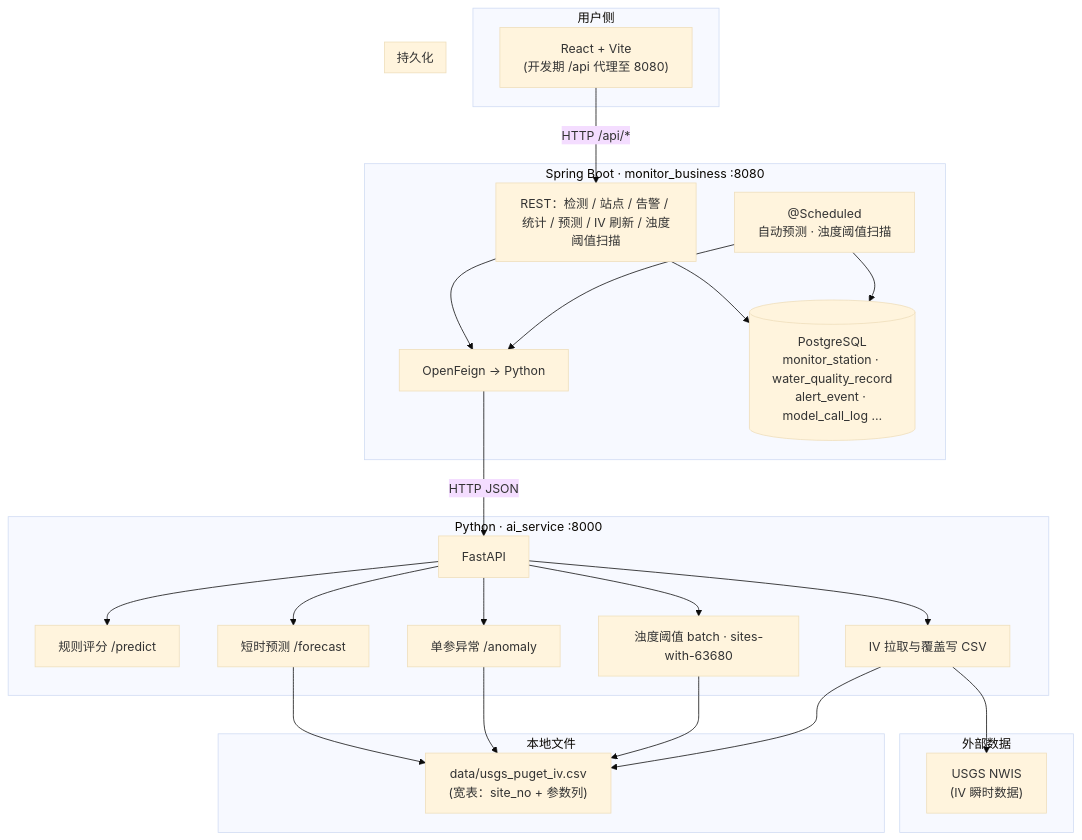
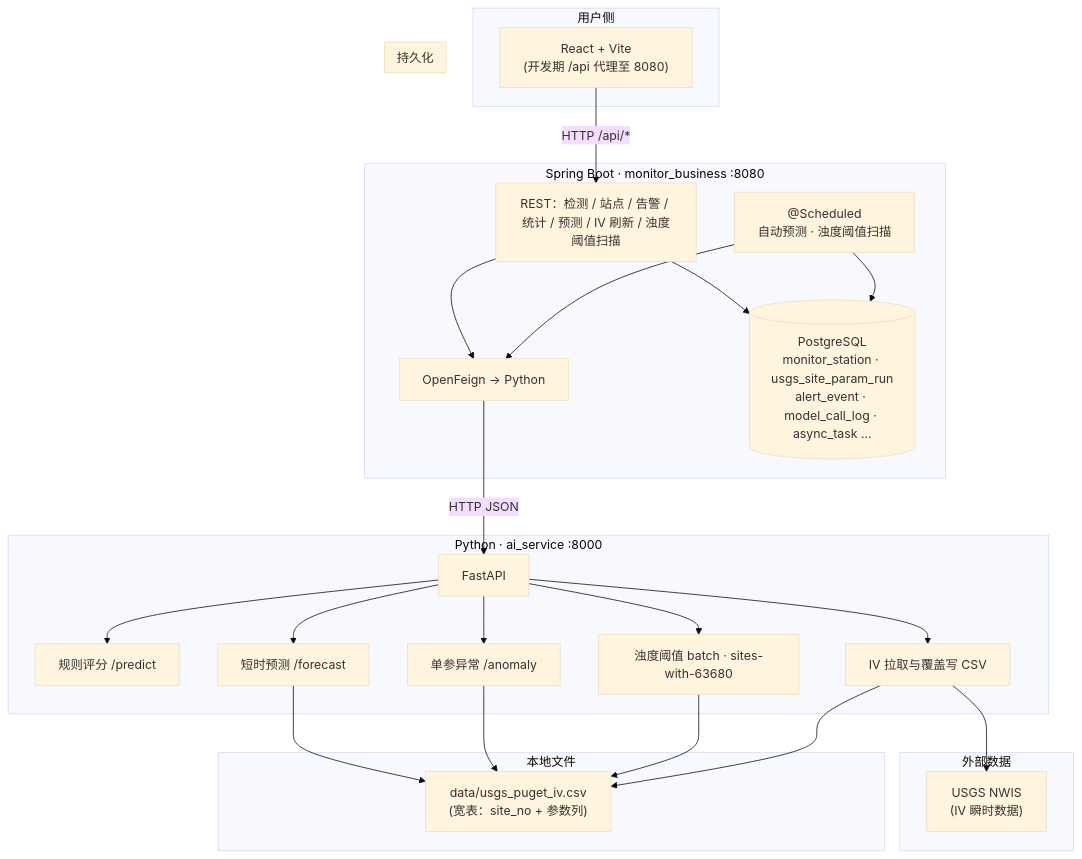
Before and after one commit to cfd123123/Seattle_WaterIQ_Monitor: the first of 2 diagrams in monitor_business/docs/architecture-overview.md, drawn with Mermaid (base theme). The commit also changed other lines of this file and 348 other files, not shown here.

````diff
--- a/monitor_business/docs/architecture-overview.md
+++ b/monitor_business/docs/architecture-overview.md
@@ -9,50 +9,50 @@
 ```mermaid
 flowchart TB
   subgraph User["用户侧"]
     UI["React + Vite\n(开发期 /api 代理至 8080)"]
   end
 
   subgraph Java["Spring Boot · monitor_business :8080"]
     API["REST：检测 / 站点 / 告警 / 统计 / 预测 / IV 刷新 / 浊度阈值扫描"]
     FEIGN["OpenFeign → Python"]
     SCH["@Scheduled\n自动预测 · 浊度阈值扫描"]
     API --> FEIGN
     SCH --> FEIGN
     API --> PG
     SCH --> PG
   end
 
   subgraph DB["持久化"]
-    PG[("PostgreSQL\nmonitor_station · water_quality_record\nalert_event · model_call_log …")]
+    PG[("PostgreSQL\nmonitor_station · usgs_site_param_run\nalert_event · model_call_log · async_task …")]
   end
 
   subgraph Py["Python · ai_service :8000"]
     FAST["FastAPI"]
     RS["规则评分 /predict"]
     FC["短时预测 /forecast"]
     IV["IV 拉取与覆盖写 CSV"]
     AN["单参异常 /anomaly"]
     TB["浊度阈值 batch · sites-with-63680"]
     FAST --> RS
     FAST --> FC
     FAST --> IV
     FAST --> AN
     FAST --> TB
   end
 
   subgraph Ext["外部数据"]
     NWIS["USGS NWIS\n(IV 瞬时数据)"]
   end
 
   subgraph Files["本地文件"]
     CSV["data/usgs_puget_iv.csv\n(宽表：site_no + 参数列)"]
   end
 
   UI -->|"HTTP /api/*"| API
   FEIGN -->|"HTTP JSON"| FAST
   IV --> NWIS
   FC --> CSV
   AN --> CSV
   TB --> CSV
   IV --> CSV
 ```
````
